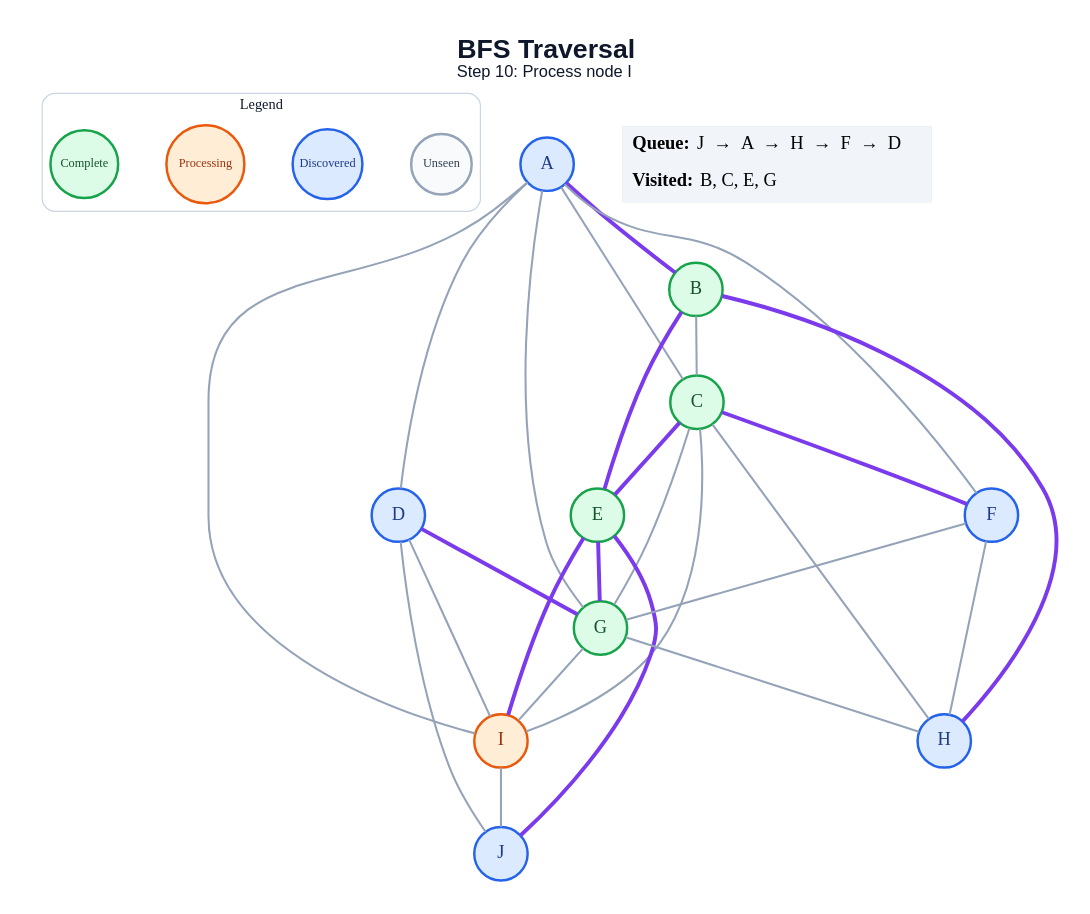
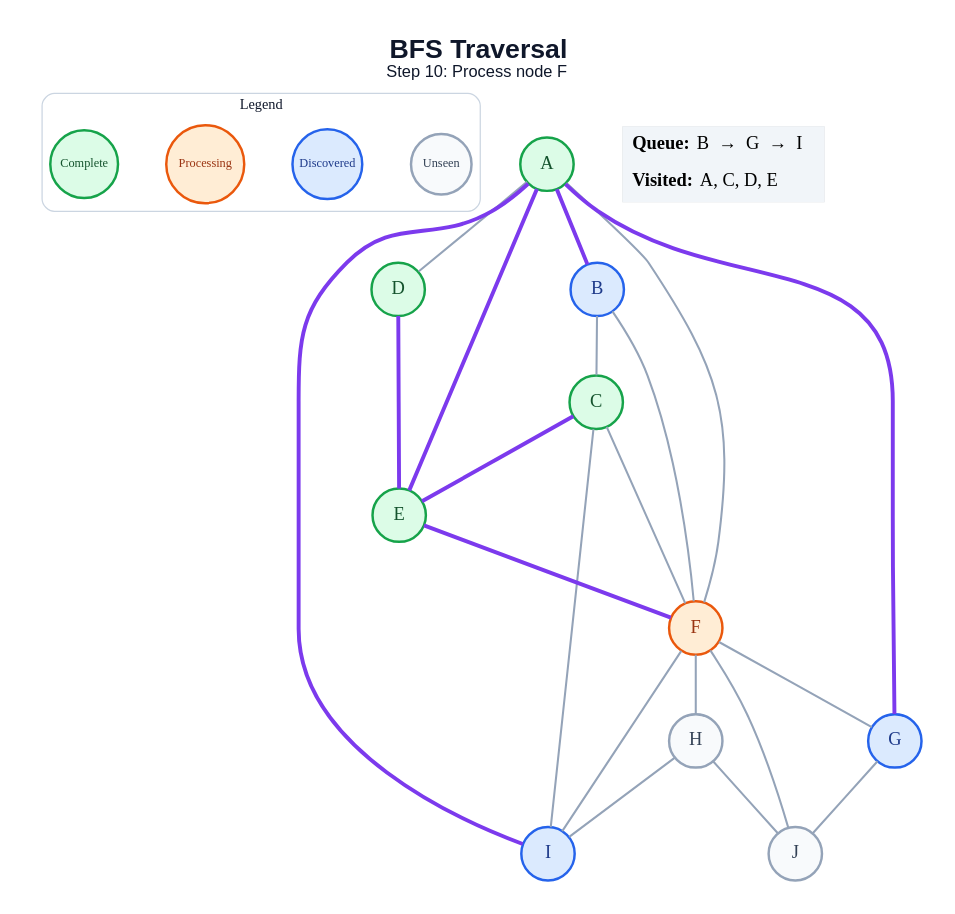
The diagram in generated/specific-node/bfs/step_10.dot (amanghodawala9/ai-slop), drawn with Graphviz before and after one commit. The commit also changed 178 other files, not shown here.

```diff
--- a/generated/specific-node/bfs/step_10.dot
+++ b/generated/specific-node/bfs/step_10.dot
@@ -1,54 +1,49 @@
 graph traversal {
   graph [layout=dot, rankdir=TB, bgcolor="#FFFFFF", pad="0.35", nodesep="0.65", ranksep="0.8", fontname="Arial"];
   node [shape=circle, style="filled", fontname="Arial Bold", fontsize=18, width=0.72, fixedsize=true, penwidth=2.4];
   edge [color="#94A3B8", penwidth=2.0];
-  label=<<B>BFS Traversal</B><BR/><FONT POINT-SIZE="16">Step 10: Process node I</FONT>>; labelloc="t"; fontsize=26; fontname="Arial"; fontcolor="#0F172A";
+  label=<<B>BFS Traversal</B><BR/><FONT POINT-SIZE="16">Step 10: Process node F</FONT>>; labelloc="t"; fontsize=26; fontname="Arial"; fontcolor="#0F172A";
   subgraph cluster_legend { label="Legend"; color="#CBD5E1"; penwidth=1.2; style="rounded"; fontsize=14; fontname="Arial Bold";
     key_unseen [label="Unseen", fillcolor="#F8FAFC", color="#94A3B8", fontcolor="#334155", fontsize=12, width=0.82];
     key_frontier [label="Discovered", fillcolor="#DBEAFE", color="#2563EB", fontcolor="#1E3A8A", fontsize=12, width=0.95];
     key_current [label="Processing", fillcolor="#FFEDD5", color="#EA580C", fontcolor="#9A3412", fontsize=12, width=1.05];
     key_done [label="Complete", fillcolor="#DCFCE7", color="#16A34A", fontcolor="#14532D", fontsize=12, width=0.92];
     { rank=same; key_unseen; key_frontier; key_current; key_done; }
   }
-  A [fillcolor="#DBEAFE", color="#2563EB", fontcolor="#1E3A8A"];
-  B [fillcolor="#DCFCE7", color="#16A34A", fontcolor="#14532D"];
+  A [fillcolor="#DCFCE7", color="#16A34A", fontcolor="#14532D"];
+  B [fillcolor="#DBEAFE", color="#2563EB", fontcolor="#1E3A8A"];
   C [fillcolor="#DCFCE7", color="#16A34A", fontcolor="#14532D"];
-  D [fillcolor="#DBEAFE", color="#2563EB", fontcolor="#1E3A8A"];
+  D [fillcolor="#DCFCE7", color="#16A34A", fontcolor="#14532D"];
   E [fillcolor="#DCFCE7", color="#16A34A", fontcolor="#14532D"];
-  F [fillcolor="#DBEAFE", color="#2563EB", fontcolor="#1E3A8A"];
-  G [fillcolor="#DCFCE7", color="#16A34A", fontcolor="#14532D"];
-  H [fillcolor="#DBEAFE", color="#2563EB", fontcolor="#1E3A8A"];
-  I [fillcolor="#FFEDD5", color="#EA580C", fontcolor="#9A3412"];
-  J [fillcolor="#DBEAFE", color="#2563EB", fontcolor="#1E3A8A"];
+  F [fillcolor="#FFEDD5", color="#EA580C", fontcolor="#9A3412"];
+  G [fillcolor="#DBEAFE", color="#2563EB", fontcolor="#1E3A8A"];
+  H [fillcolor="#F8FAFC", color="#94A3B8", fontcolor="#334155"];
+  I [fillcolor="#DBEAFE", color="#2563EB", fontcolor="#1E3A8A"];
+  J [fillcolor="#F8FAFC", color="#94A3B8", fontcolor="#334155"];
   A -- B [color="#7C3AED", penwidth=3.8];
-  A -- C;
   A -- D;
+  A -- E [color="#7C3AED", penwidth=3.8];
   A -- F;
-  A -- G;
-  A -- I;
+  A -- G [color="#7C3AED", penwidth=3.8];
+  A -- I [color="#7C3AED", penwidth=3.8];
   B -- C;
-  B -- E [color="#7C3AED", penwidth=3.8];
-  B -- H [color="#7C3AED", penwidth=3.8];
+  B -- F;
   C -- E [color="#7C3AED", penwidth=3.8];
-  C -- F [color="#7C3AED", penwidth=3.8];
-  C -- G;
-  C -- H;
+  C -- F;
   C -- I;
-  D -- G [color="#7C3AED", penwidth=3.8];
-  D -- I;
-  D -- J;
-  E -- G [color="#7C3AED", penwidth=3.8];
-  E -- I [color="#7C3AED", penwidth=3.8];
-  E -- J [color="#7C3AED", penwidth=3.8];
+  D -- E [color="#7C3AED", penwidth=3.8];
+  E -- F [color="#7C3AED", penwidth=3.8];
   F -- G;
   F -- H;
-  G -- H;
-  G -- I;
-  I -- J;
+  F -- I;
+  F -- J;
+  G -- J;
+  H -- I;
+  H -- J;
   status [shape=plain, fixedsize=false, width=0, height=0, margin=0, label=<
     <TABLE BORDER="0" CELLBORDER="0" CELLPADDING="7" BGCOLOR="#F1F5F9">
-      <TR><TD ALIGN="LEFT"><B>Queue:</B> J  →  A  →  H  →  F  →  D</TD></TR>
-      <TR><TD ALIGN="LEFT"><B>Visited:</B> B, C, E, G</TD></TR>
+      <TR><TD ALIGN="LEFT"><B>Queue:</B> B  →  G  →  I</TD></TR>
+      <TR><TD ALIGN="LEFT"><B>Visited:</B> A, C, D, E</TD></TR>
     </TABLE>
   >];
 }
```
